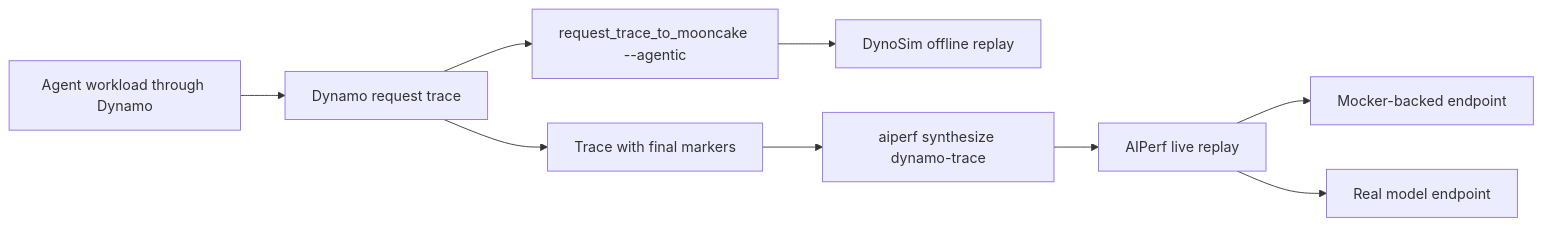
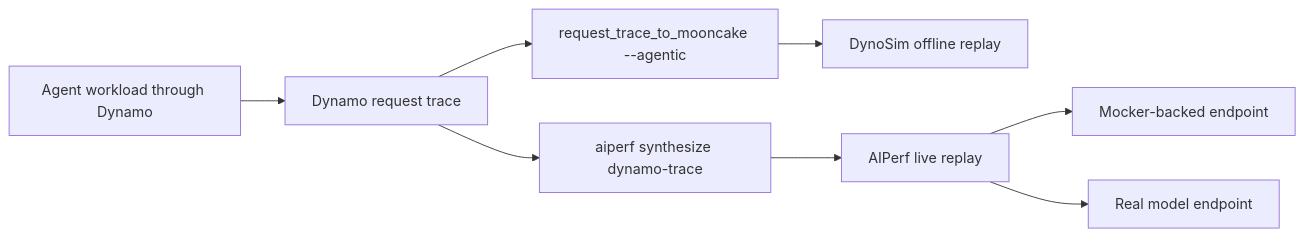
Before and after one commit to ai-dynamo/dynamo: the diagram in docs/agents/agent-replay.md, drawn with Mermaid. The commit also changed other lines of this file and 1 other file, not shown here.

Commit message:
docs(agents): remove final trajectory marker requirement

````diff
--- a/docs/agents/agent-replay.md
+++ b/docs/agents/agent-replay.md
@@ -26,11 +26,10 @@
 ```mermaid
 flowchart LR
     A["Agent workload through Dynamo"] --> T["Dynamo request trace"]
     T --> C["request_trace_to_mooncake --agentic"]
     C --> D["DynoSim offline replay"]
-    T --> F["Trace with final markers"]
-    F --> W["aiperf synthesize dynamo-trace"]
+    T --> W["aiperf synthesize dynamo-trace"]
     W --> P["AIPerf live replay"]
     P --> M["Mocker-backed endpoint"]
     P --> R["Real model endpoint"]
 ```
````
